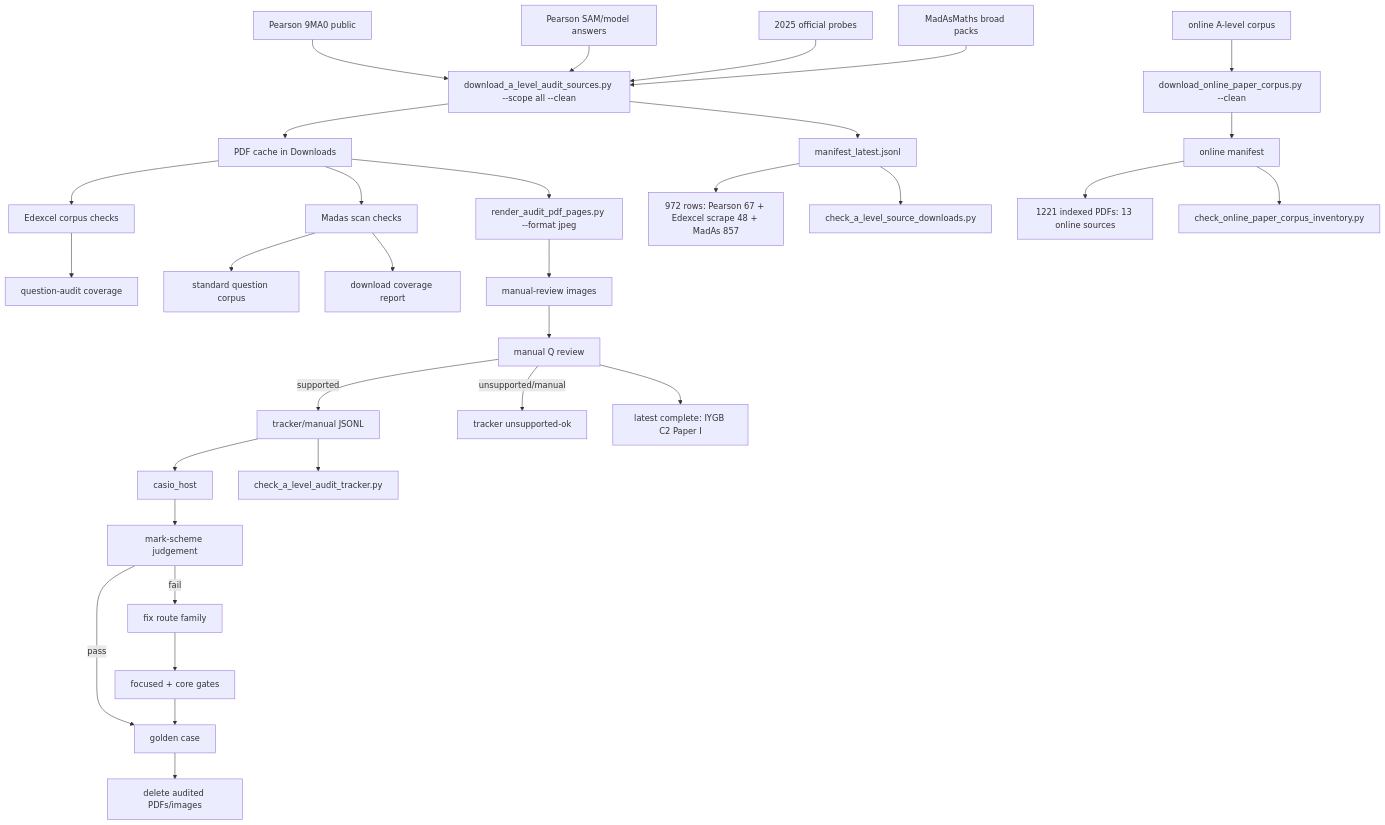
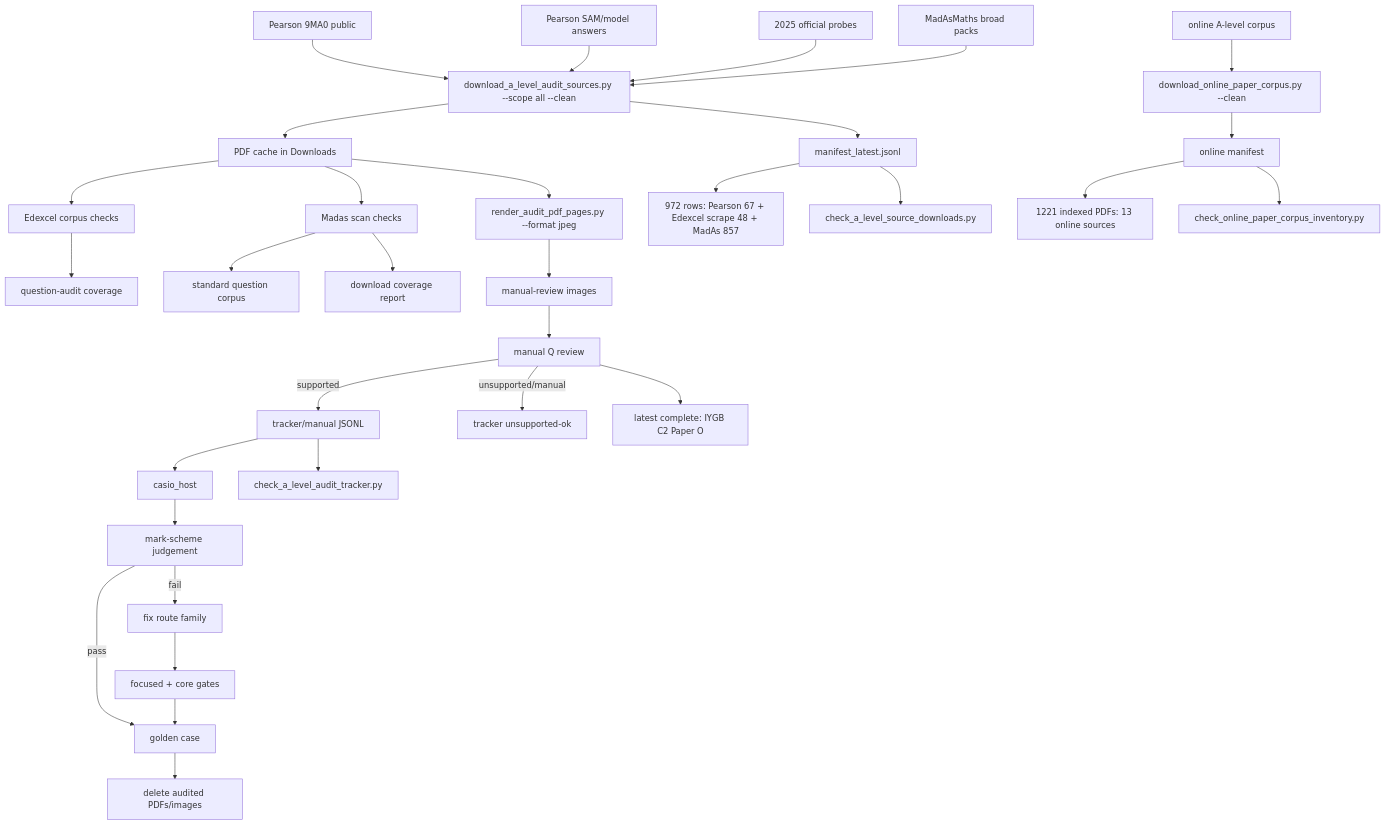
One commit to james8464/notes-addin-casio-fx-cg50 changed the diagram in c++/tools/golden/a_level_audit_graph.md. Above: the diagram before and after it, drawn with Mermaid. The commit also changed other lines of this file and 2 other files, not shown here.

Commit message:
Audit IYGB C2 Paper O

````diff
--- a/c++/tools/golden/a_level_audit_graph.md
+++ b/c++/tools/golden/a_level_audit_graph.md
@@ -3,34 +3,34 @@
 ```mermaid
 graph TD
   E1["Pearson 9MA0 public"] --> D["download_a_level_audit_sources.py --scope all --clean"]
   E2["Pearson SAM/model answers"] --> D
   E3["2025 official probes"] --> D
   M1["MadAsMaths broad packs"] --> D
   O1["online A-level corpus"] --> OD["download_online_paper_corpus.py --clean"]
   D --> P["PDF cache in Downloads"]
   D --> X["manifest_latest.jsonl"]
   OD --> OX["online manifest"]
   X --> XC["972 rows: Pearson 67 + Edexcel scrape 48 + MadAs 857"]
   OX --> OC["1221 indexed PDFs: 13 online sources"]
   X --> V["check_a_level_source_downloads.py"]
   OX --> OV["check_online_paper_corpus_inventory.py"]
   P --> E["Edexcel corpus checks"]
   E --> EQ["question-audit coverage"]
   P --> S["Madas scan checks"]
   S --> M["standard question corpus"]
   S --> MC["download coverage report"]
   P --> R["render_audit_pdf_pages.py --format jpeg"]
   R --> I["manual-review images"]
   I --> Q["manual Q review"]
   Q -->|supported| J["tracker/manual JSONL"]
   Q -->|unsupported/manual| U["tracker unsupported-ok"]
   J --> H["casio_host"]
   J --> K["check_a_level_audit_tracker.py"]
   H --> C["mark-scheme judgement"]
   C -->|pass| G["golden case"]
   C -->|fail| F["fix route family"]
   F --> T["focused + core gates"]
   T --> G
   G --> Z["delete audited PDFs/images"]
-  Q --> Qt["latest complete: IYGB C2 Paper I"]
+  Q --> Qt["latest complete: IYGB C2 Paper O"]
 ```
````
